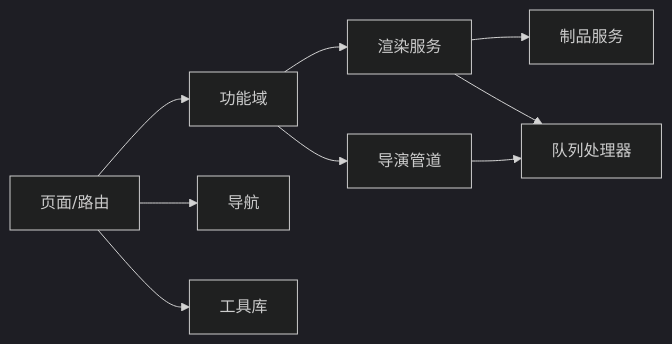
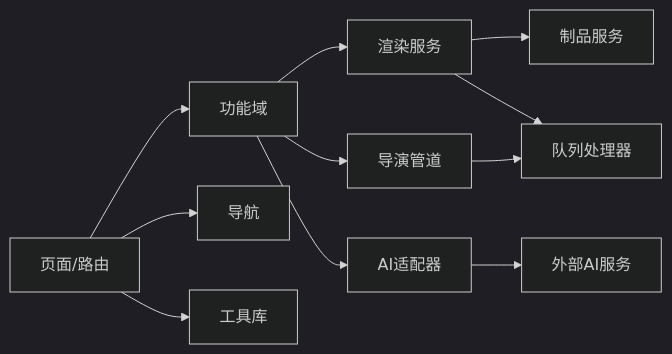
Before and after one commit to AIMFllyYS/code-video-canvas: the sixth of 6 diagrams in .qoder/repowiki/zh/content/开发指南/问题跟踪系统.md, drawn with Mermaid (dark theme). The commit also changed other lines of this file and 47 other files, not shown here.

````diff
--- a/.qoder/repowiki/zh/content/开发指南/问题跟踪系统.md
+++ b/.qoder/repowiki/zh/content/开发指南/问题跟踪系统.md
@@ -425,11 +472,13 @@
 ```mermaid
 graph LR
 Pages["页面/路由"] --> Features["功能域"]
 Features --> Render["渲染服务"]
 Features --> Director["导演管道"]
+Features --> AI["AI适配器"]
 Render --> Artifacts["制品服务"]
 Director --> Queue["队列处理器"]
 Render --> Queue
+AI --> External["外部AI服务"]
 Pages --> Nav["导航"]
 Pages --> Utils["工具库"]
 ```
````
